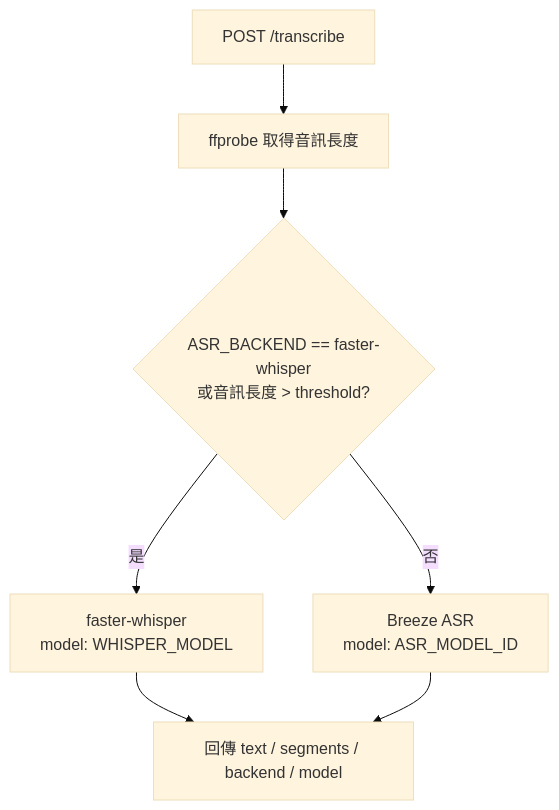
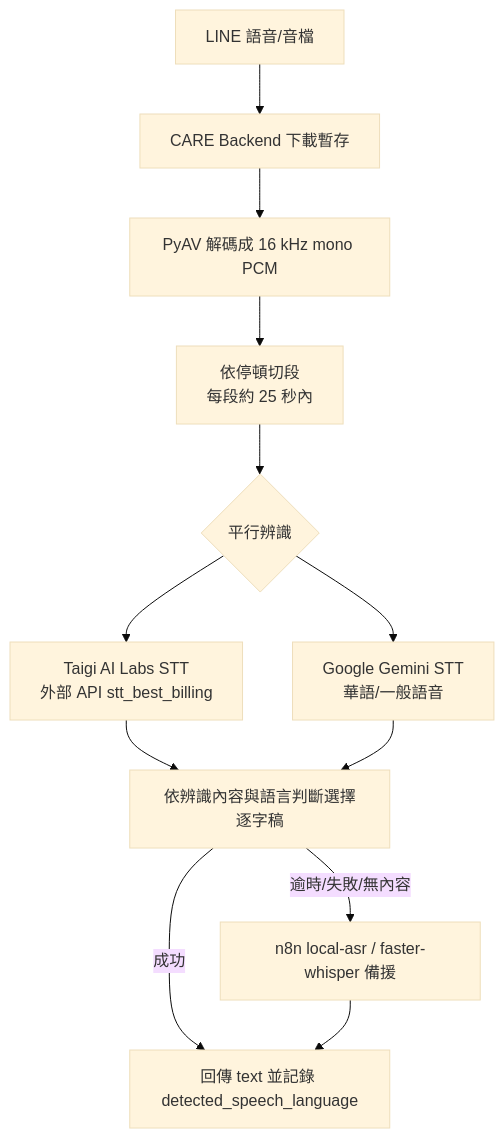
Before and after one commit to Yanagi-0912/CARE-Documents: the sixth of 27 diagrams in 系統設計文件(SDD).md, drawn with Mermaid (base theme). The commit also changed other lines of this file and 6 other files, not shown here.

````diff
--- a/系統設計文件(SDD).md
+++ b/系統設計文件(SDD).md
@@ -473,11 +480,16 @@
 ```mermaid
 flowchart TD
-  Req[POST /transcribe] --> Duration[ffprobe 取得音訊長度]
-  Duration --> Decision{ASR_BACKEND == faster-whisper<br/>或音訊長度 > threshold?}
+  Voice[LINE 語音/音檔] --> Download[CARE Backend 下載暫存]
+  Download --> Decode[PyAV 解碼成 16 kHz mono PCM]
+  Decode --> Split[依停頓切段<br/>每段約 25 秒內]
+  Split --> Parallel{平行辨識}
 
-  Decision -->|是| FW[faster-whisper<br/>model: WHISPER_MODEL]
-  Decision -->|否| Breeze[Breeze ASR<br/>model: ASR_MODEL_ID]
+  Parallel --> Taigi[Taigi AI Labs STT<br/>外部 API stt_best_billing]
+  Parallel --> Gemini[Google Gemini STT<br/>華語/一般語音]
 
-  FW --> Result[回傳 text / segments / backend / model]
-  Breeze --> Result
+  Taigi --> Choose[依辨識內容與語言判斷選擇逐字稿]
+  Gemini --> Choose
+  Choose -->|成功| Result[回傳 text 並記錄 detected_speech_language]
+  Choose -->|逾時/失敗/無內容| Fallback[n8n local-asr / faster-whisper 備援]
+  Fallback --> Result
 ```
````
